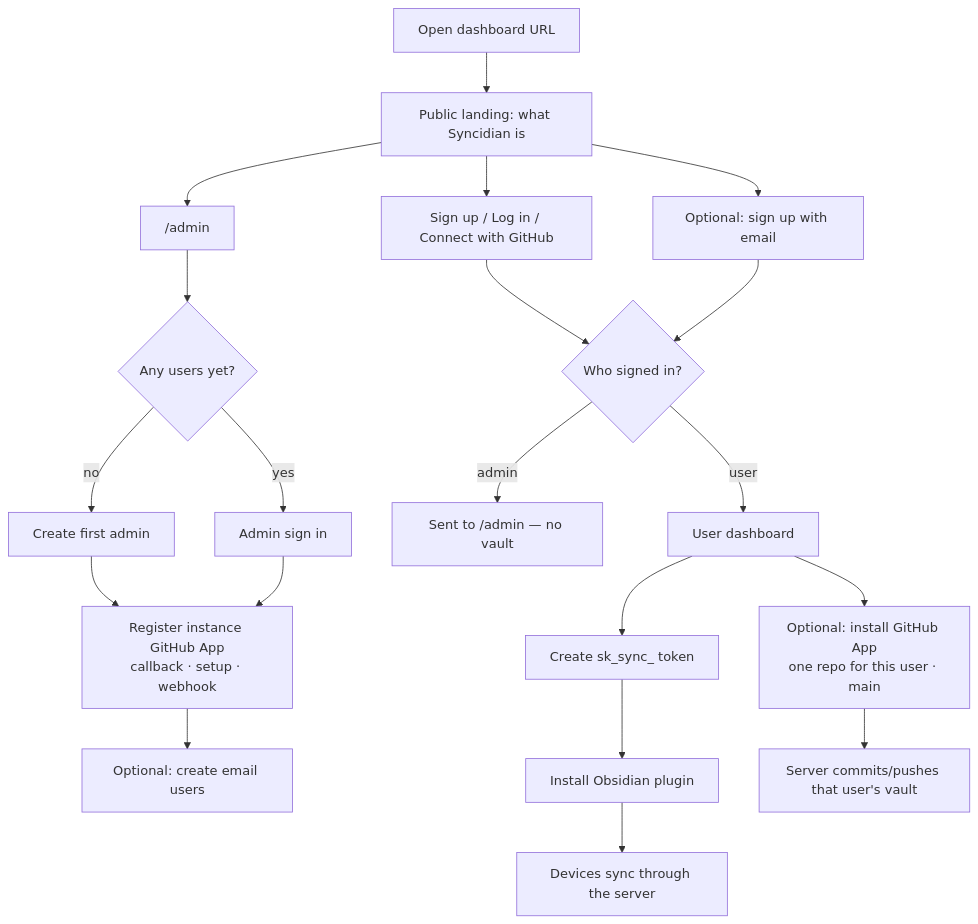
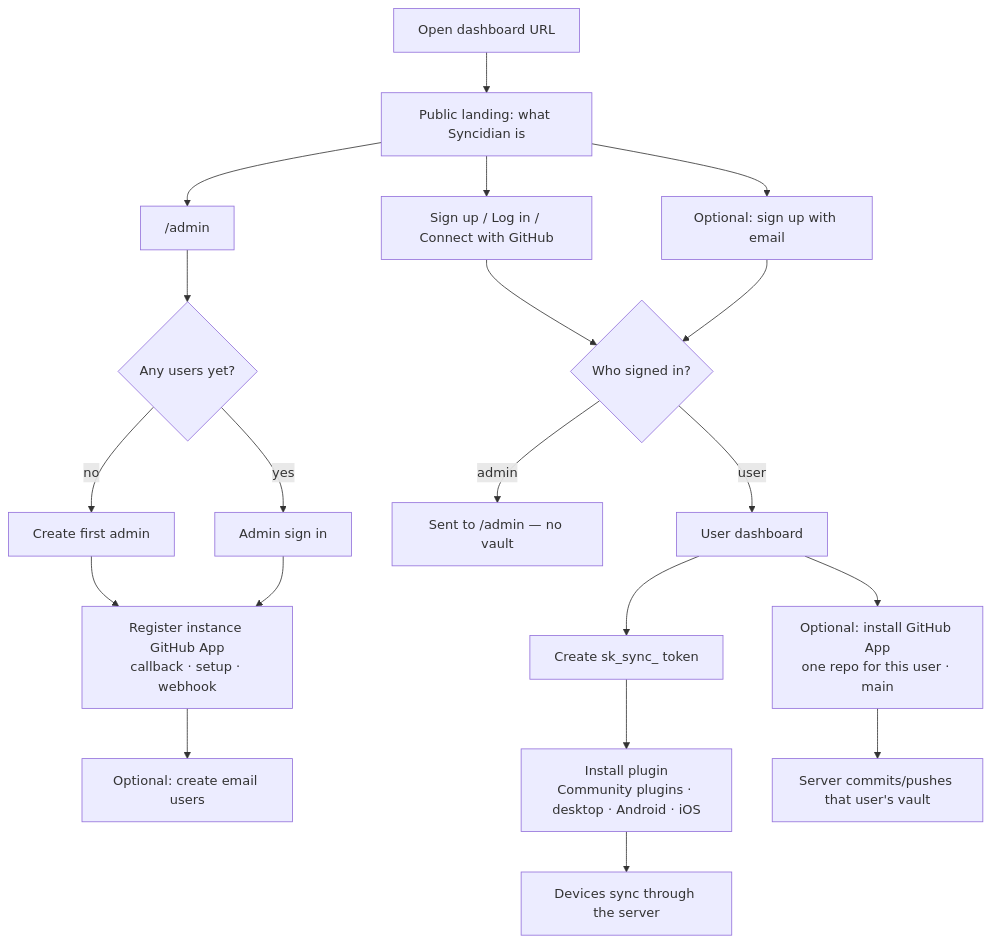
Before and after one commit to shangeethsivan/Syncidian: the second of 7 diagrams in README.md, drawn with Mermaid. The commit also changed other lines of this file and 2 other files, not shown here.

First line of the commit message:
Update architecture diagrams for mobile plugin transport

````diff
--- a/README.md
+++ b/README.md
@@ -218,24 +218,24 @@
 ```mermaid
 flowchart TD
   Open["Open dashboard URL"] --> Land["Public landing: what Syncidian is"]
   Land --> GHSign["Sign up / Log in / Connect with GitHub"]
   Land --> Email["Optional: sign up with email"]
   Land --> AdminLink["/admin"]
 
   AdminLink --> First{"Any users yet?"}
   First -->|no| Admin["Create first admin"]
   First -->|yes| AdminLogin["Admin sign in"]
   Admin --> App["Register instance GitHub App<br/>callback · setup · webhook"]
   AdminLogin --> App
   App --> Users["Optional: create email users"]
 
   GHSign --> Role{"Who signed in?"}
   Email --> Role
   Role -->|admin| AdminHome["Sent to /admin — no vault"]
   Role -->|user| UserHome["User dashboard"]
   UserHome --> Repo["Optional: install GitHub App<br/>one repo for this user · main"]
   UserHome --> Tok["Create sk_sync_ token"]
-  Tok --> Plug["Install Obsidian plugin"]
+  Tok --> Plug["Install plugin<br/>Community plugins · desktop · Android · iOS"]
   Plug --> Sync["Devices sync through the server"]
   Repo --> Backup["Server commits/pushes that user's vault"]
 ```
````
